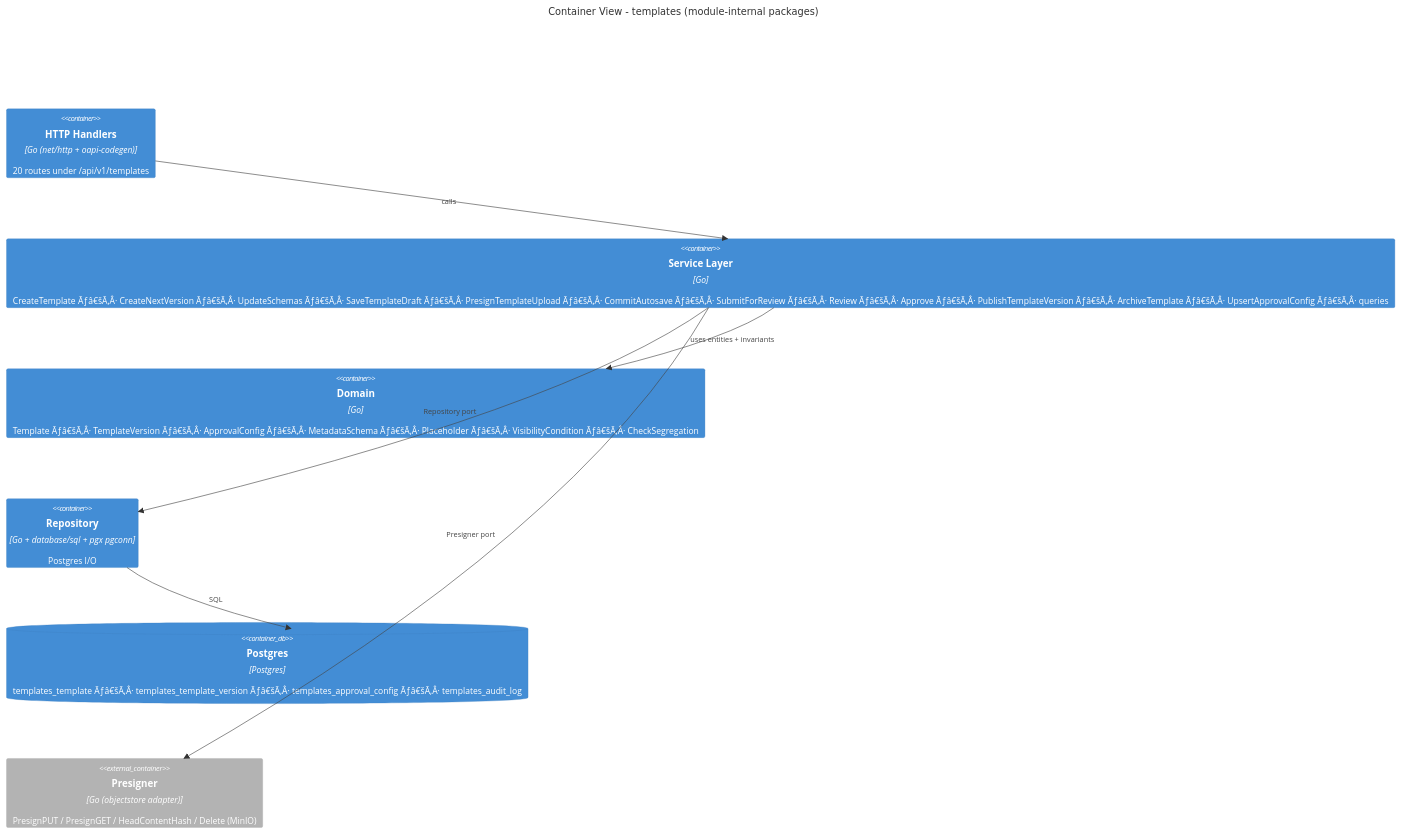
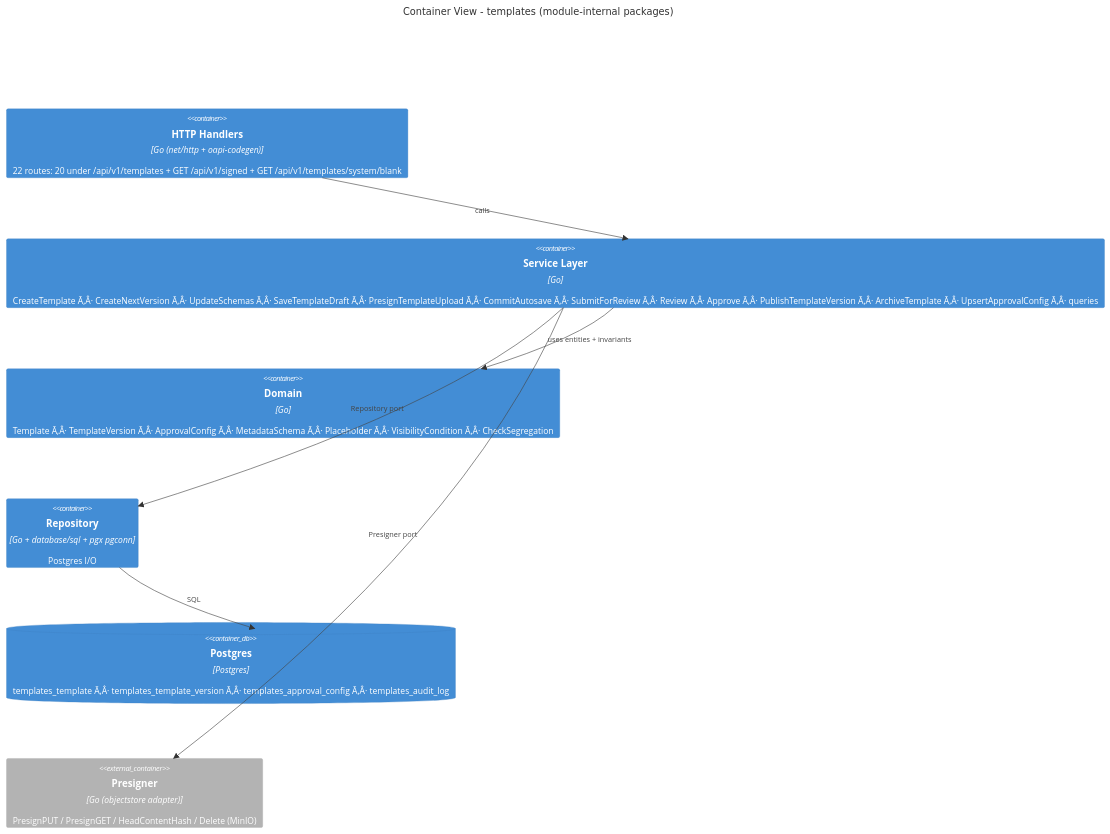
The second of 5 diagrams in wiki/modules/templates.md (developmentconexus-ops/MetalDocs), drawn with Mermaid before and after one commit. The commit also changed other lines of this file and 79 other files, not shown here.

````diff
--- a/wiki/modules/templates.md
+++ b/wiki/modules/templates.md
@@ -138,15 +138,15 @@
 ```mermaid
 C4Container
     title Container View - templates (module-internal packages)
-    Container(http, "HTTP Handlers", "Go (net/http + oapi-codegen)", "20 routes under /api/v1/templates")
-    Container(svc, "Service Layer", "Go", "CreateTemplate Ãƒâ€šÃ‚Â· CreateNextVersion Ãƒâ€šÃ‚Â· UpdateSchemas Ãƒâ€šÃ‚Â· SaveTemplateDraft Ãƒâ€šÃ‚Â· PresignTemplateUpload Ãƒâ€šÃ‚Â· CommitAutosave Ãƒâ€šÃ‚Â· SubmitForReview Ãƒâ€šÃ‚Â· Review Ãƒâ€šÃ‚Â· Approve Ãƒâ€šÃ‚Â· PublishTemplateVersion Ãƒâ€šÃ‚Â· ArchiveTemplate Ãƒâ€šÃ‚Â· UpsertApprovalConfig Ãƒâ€šÃ‚Â· queries")
-    Container(domain, "Domain", "Go", "Template Ãƒâ€šÃ‚Â· TemplateVersion Ãƒâ€šÃ‚Â· ApprovalConfig Ãƒâ€šÃ‚Â· MetadataSchema Ãƒâ€šÃ‚Â· Placeholder Ãƒâ€šÃ‚Â· VisibilityCondition Ãƒâ€šÃ‚Â· CheckSegregation")
+    Container(http, "HTTP Handlers", "Go (net/http + oapi-codegen)", "22 routes: 20 under /api/v1/templates + GET /api/v1/signed + GET /api/v1/templates/system/blank")
+    Container(svc, "Service Layer", "Go", "CreateTemplate Ã‚Â· CreateNextVersion Ã‚Â· UpdateSchemas Ã‚Â· SaveTemplateDraft Ã‚Â· PresignTemplateUpload Ã‚Â· CommitAutosave Ã‚Â· SubmitForReview Ã‚Â· Review Ã‚Â· Approve Ã‚Â· PublishTemplateVersion Ã‚Â· ArchiveTemplate Ã‚Â· UpsertApprovalConfig Ã‚Â· queries")
+    Container(domain, "Domain", "Go", "Template Ã‚Â· TemplateVersion Ã‚Â· ApprovalConfig Ã‚Â· MetadataSchema Ã‚Â· Placeholder Ã‚Â· VisibilityCondition Ã‚Â· CheckSegregation")
     Container(repo, "Repository", "Go + database/sql + pgx pgconn", "Postgres I/O")
-    ContainerDb(db, "Postgres", "Postgres", "templates_template Ãƒâ€šÃ‚Â· templates_template_version Ãƒâ€šÃ‚Â· templates_approval_config Ãƒâ€šÃ‚Â· templates_audit_log")
+    ContainerDb(db, "Postgres", "Postgres", "templates_template Ã‚Â· templates_template_version Ã‚Â· templates_approval_config Ã‚Â· templates_audit_log")
     Container_Ext(presigner, "Presigner", "Go (objectstore adapter)", "PresignPUT / PresignGET / HeadContentHash / Delete (MinIO)")
     Rel(http, svc, "calls")
     Rel(svc, domain, "uses entities + invariants")
     Rel(svc, repo, "Repository port")
     Rel(svc, presigner, "Presigner port")
     Rel(repo, db, "SQL")
 ```
````
